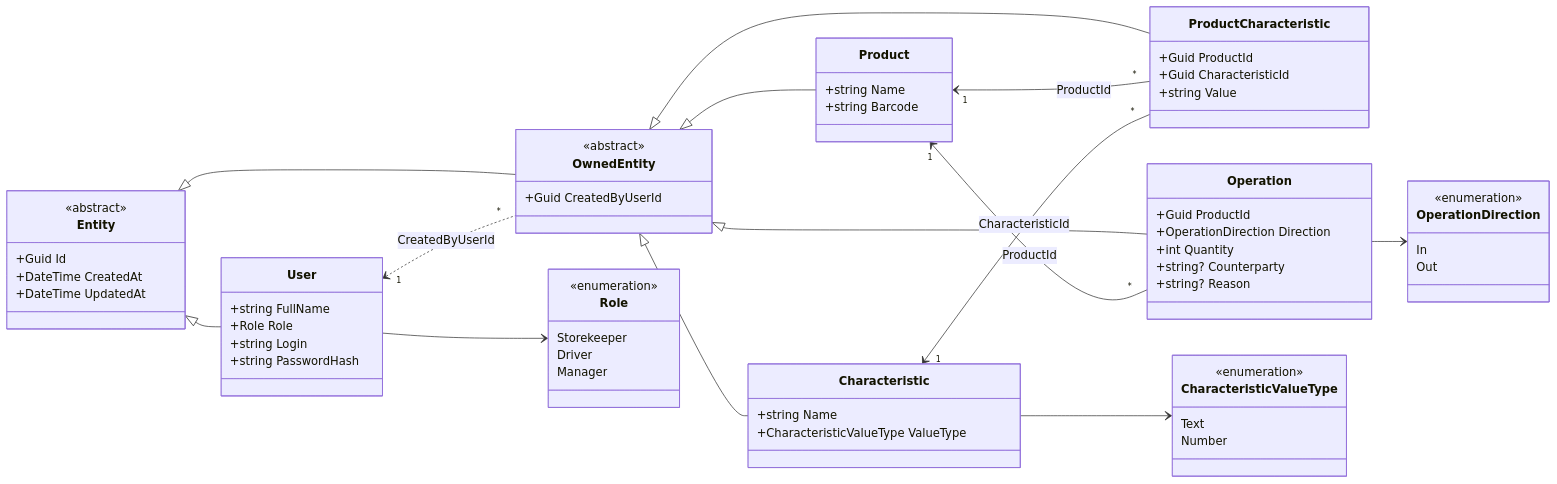
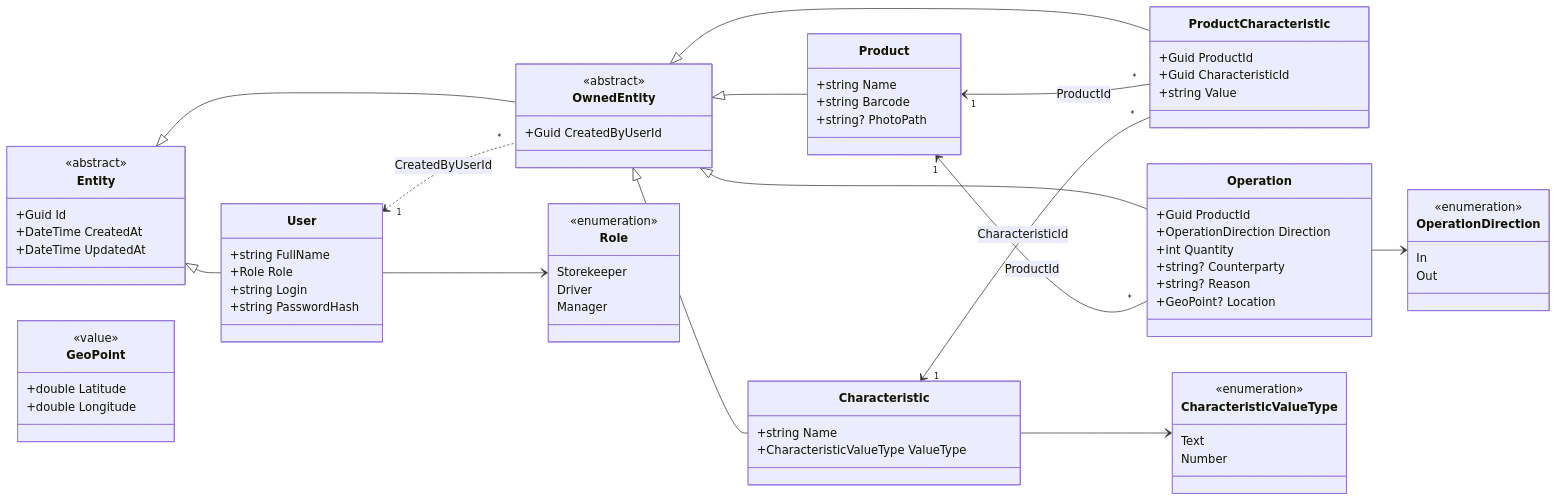
One commit to VladTetyorko/tdma-lab1-input-form-maui changed the diagram in docs/domain/entities.md. Above: the diagram before and after it, drawn with Mermaid. The commit also changed other lines of this file and 5 other files, not shown here.

````diff
--- a/docs/domain/entities.md
+++ b/docs/domain/entities.md
@@ -16,72 +16,79 @@
 ```mermaid
 classDiagram
     direction LR
 
     class Entity {
         <<abstract>>
         +Guid Id
         +DateTime CreatedAt
         +DateTime UpdatedAt
     }
     class OwnedEntity {
         <<abstract>>
         +Guid CreatedByUserId
     }
     class User {
         +string FullName
         +Role Role
         +string Login
         +string PasswordHash
     }
     class Product {
         +string Name
         +string Barcode
+        +string? PhotoPath
     }
     class Characteristic {
         +string Name
         +CharacteristicValueType ValueType
     }
     class ProductCharacteristic {
         +Guid ProductId
         +Guid CharacteristicId
         +string Value
     }
     class Operation {
         +Guid ProductId
         +OperationDirection Direction
         +int Quantity
         +string? Counterparty
         +string? Reason
+        +GeoPoint? Location
+    }
+    class GeoPoint {
+        <<value>>
+        +double Latitude
+        +double Longitude
     }
     class Role {
         <<enumeration>>
         Storekeeper
         Driver
         Manager
     }
     class CharacteristicValueType {
         <<enumeration>>
         Text
         Number
     }
     class OperationDirection {
         <<enumeration>>
         In
         Out
     }
 
     Entity <|-- User
     Entity <|-- OwnedEntity
     OwnedEntity <|-- Product
     OwnedEntity <|-- Characteristic
     OwnedEntity <|-- ProductCharacteristic
     OwnedEntity <|-- Operation
 
     User "1" <.. "*" OwnedEntity : CreatedByUserId
     Product "1" <-- "*" ProductCharacteristic : ProductId
     Characteristic "1" <-- "*" ProductCharacteristic : CharacteristicId
     Product "1" <-- "*" Operation : ProductId
     User --> Role
     Characteristic --> CharacteristicValueType
     Operation --> OperationDirection
 ```
````
